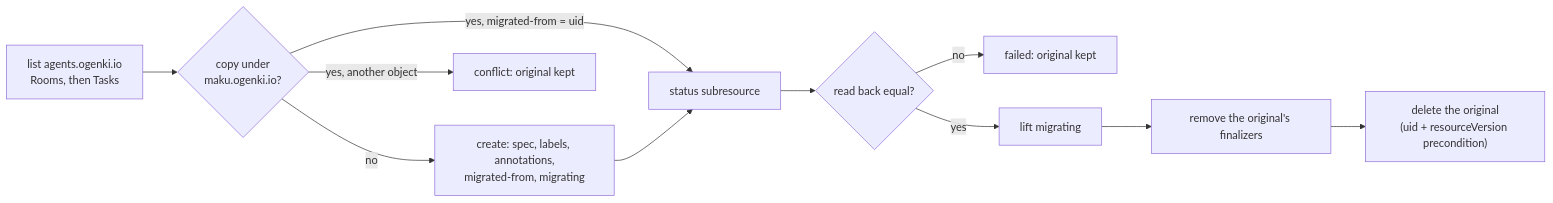
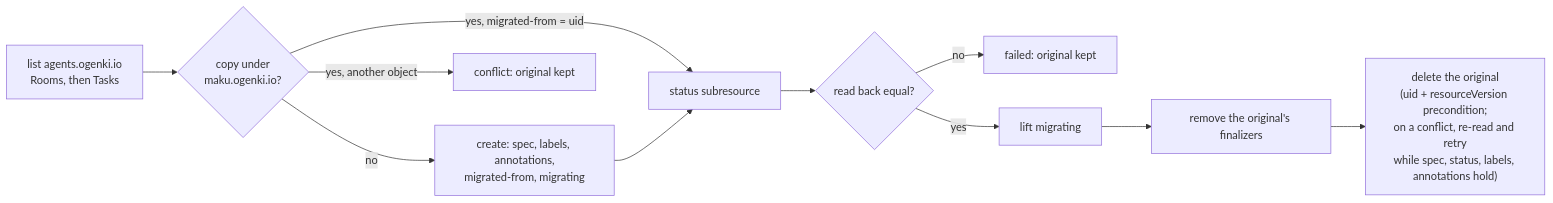
The diagram in docs/maku-group-migration.md (Smana/agent-platform), drawn with Mermaid before and after one commit. The commit also changed other lines of this file and 2 other files, not shown here.

First line of the commit message:
fix(migrategroup): a delete that races the controller is retried on conflict

````diff
--- a/docs/maku-group-migration.md
+++ b/docs/maku-group-migration.md
@@ -16,10 +16,10 @@
 ```mermaid
 flowchart LR
   list["list agents.ogenki.io<br/>Rooms, then Tasks"] --> get{"copy under<br/>maku.ogenki.io?"}
   get -->|no| create["create: spec, labels, annotations,<br/>migrated-from, migrating"]
   get -->|"yes, migrated-from = uid"| status
   get -->|"yes, another object"| conflict["conflict: original kept"]
   create --> status["status subresource"] --> confirm{"read back equal?"}
   confirm -->|no| failed["failed: original kept"]
-  confirm -->|yes| lift["lift migrating"] --> release["remove the original's finalizers"] --> del["delete the original<br/>(uid + resourceVersion precondition)"]
+  confirm -->|yes| lift["lift migrating"] --> release["remove the original's finalizers"] --> del["delete the original<br/>(uid + resourceVersion precondition;<br/>on a conflict, re-read and retry<br/>while spec, status, labels, annotations hold)"]
 ```
````
